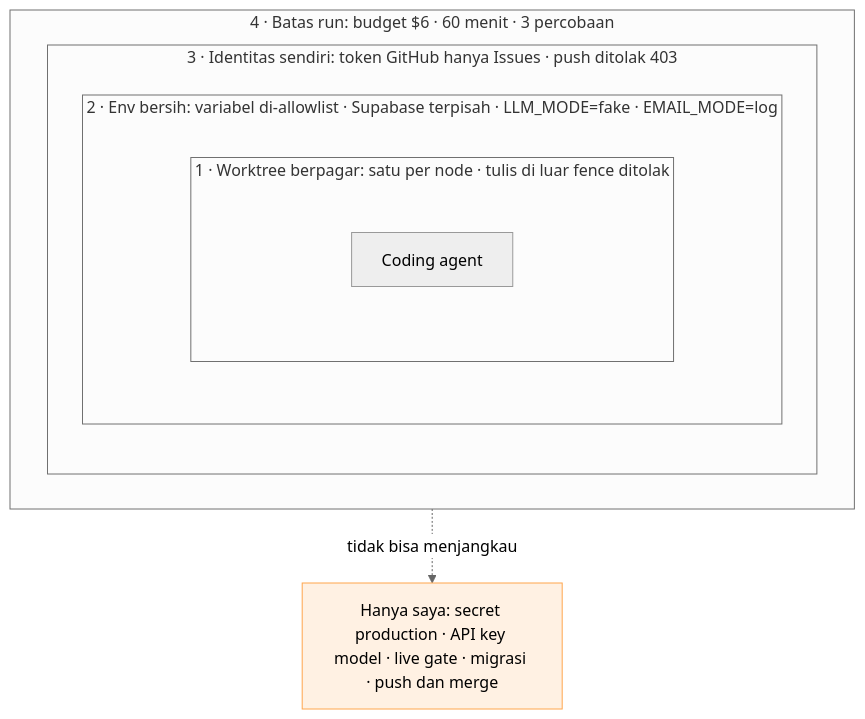
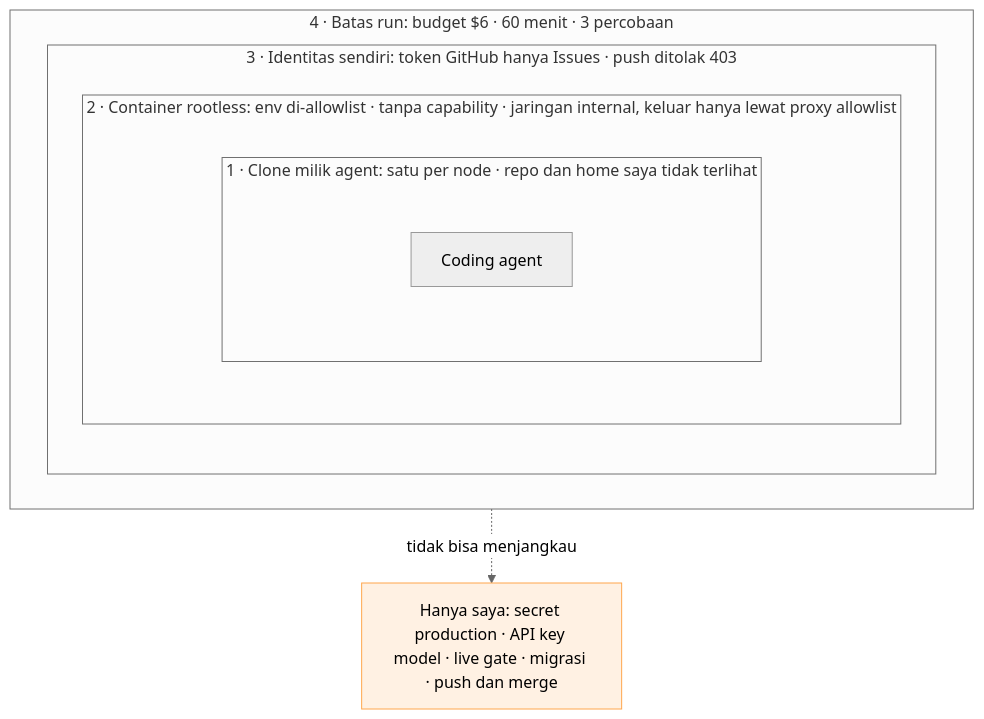
The fourth of 6 diagrams in FLOWS.md (aangwijaya/talent-scout), drawn with Mermaid (neutral theme) before and after one commit. The commit also changed other lines of this file and 6 other files, not shown here.

````diff
--- a/FLOWS.md
+++ b/FLOWS.md
@@ -129,15 +132,15 @@
 ```mermaid
 flowchart TB
   subgraph L4["4 · Batas run: budget $6 · 60 menit · 3 percobaan"]
     subgraph L3["3 · Identitas sendiri: token GitHub hanya Issues · push ditolak 403"]
-      subgraph L2["2 · Env bersih: variabel di-allowlist · Supabase terpisah · LLM_MODE=fake · EMAIL_MODE=log"]
-        subgraph L1["1 · Worktree berpagar: satu per node · tulis di luar fence ditolak"]
+      subgraph L2["2 · Container rootless: env di-allowlist · tanpa capability · jaringan internal, keluar hanya lewat proxy allowlist"]
+        subgraph L1["1 · Clone milik agent: satu per node · repo dan home saya tidak terlihat"]
           AG[Coding agent]
         end
       end
     end
   end
   HU["Hanya saya: secret production · API key model · live gate · migrasi · push dan merge"]:::human
   L4 -.->|tidak bisa menjangkau| HU
   classDef human fill:#fff1e3,stroke:#ffa64d
 ```
````
